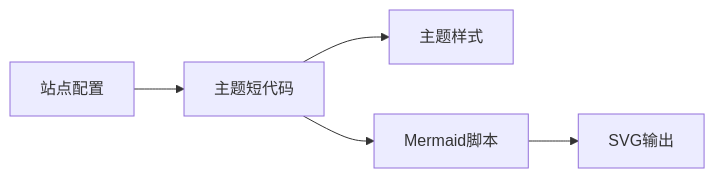
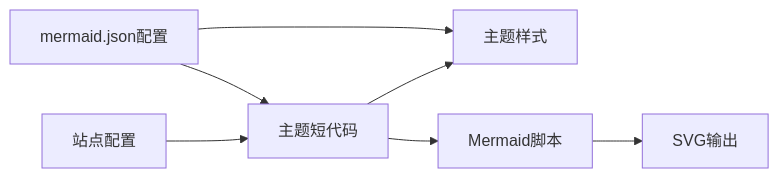
One commit to nianjiang/nianjiang.github.io changed the third of 3 diagrams in .qoder/repowiki/zh/content/内容创作指南/多媒体元素集成/Mermaid图表绘制/Mermaid图表绘制.md. Above: the diagram before and after it, drawn with Mermaid. The commit also changed other lines of this file and 176 other files, not shown here.

````diff
--- a/.qoder/repowiki/zh/content/内容创作指南/多媒体元素集成/Mermaid图表绘制/Mermaid图表绘制.md
+++ b/.qoder/repowiki/zh/content/内容创作指南/多媒体元素集成/Mermaid图表绘制/Mermaid图表绘制.md
@@ -155,7 +204,9 @@
 ```mermaid
 graph LR
 Conf["站点配置"] --> SC["主题短代码"]
 SC --> CSS["主题样式"]
 SC --> JS["Mermaid脚本"]
 JS --> SVG["SVG输出"]
+JSON["mermaid.json配置"] --> SC
+JSON --> CSS
 ```
````
